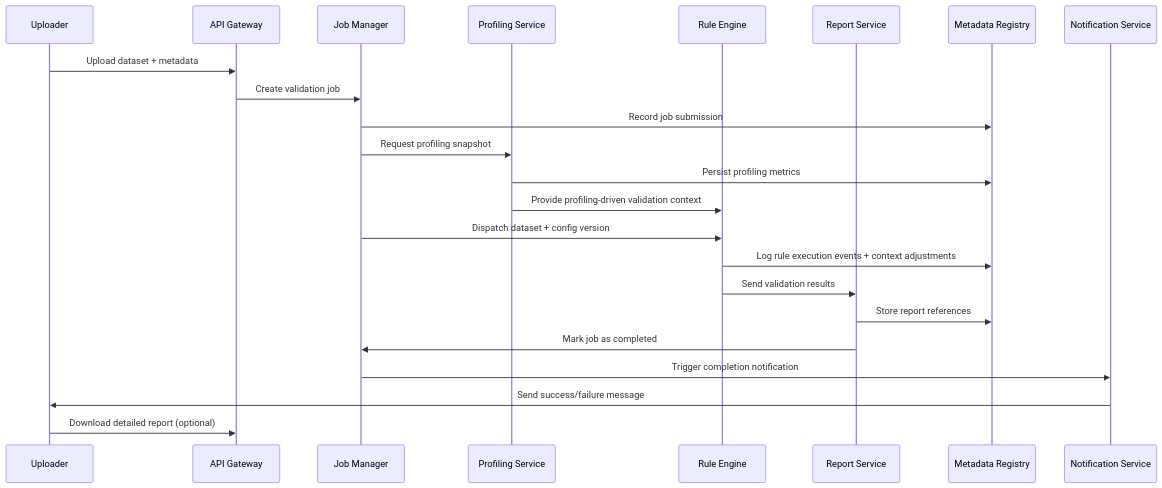
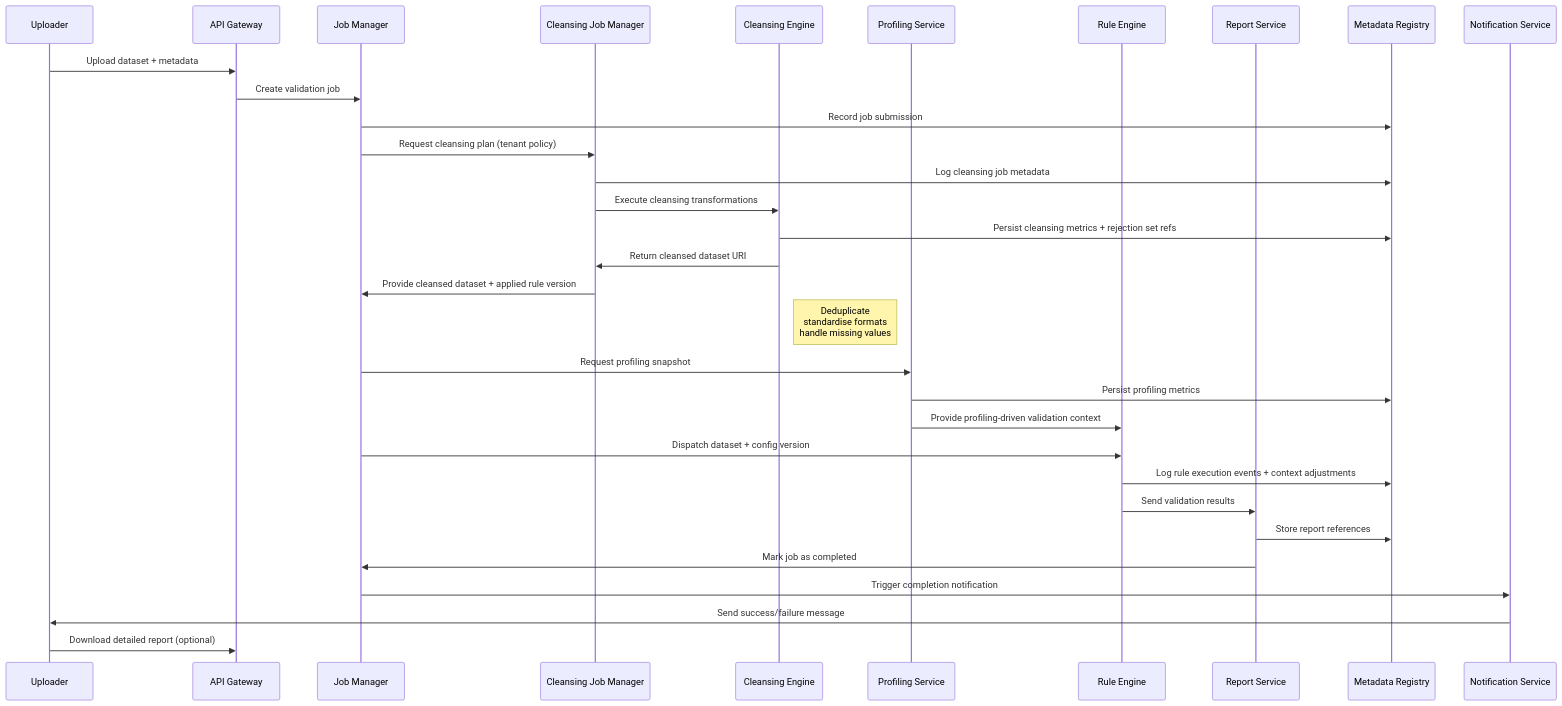
One commit to JohnGaros/data_quality_api changed the diagram in docs/diagrams/upload_validation_flow.mmd. Above: the diagram before and after it, drawn with Mermaid. The commit also changed 10 other files, not shown here.

Commit message:
Document cleansing workflow and metadata updates

```diff
--- a/docs/diagrams/upload_validation_flow.mmd
+++ b/docs/diagrams/upload_validation_flow.mmd
@@ -1,24 +1,33 @@
 sequenceDiagram
     participant U as Uploader
     participant API as API Gateway
     participant JM as Job Manager
+    participant CJM as Cleansing Job Manager
+    participant CE as Cleansing Engine
     participant PF as Profiling Service
     participant RE as Rule Engine
     participant RS as Report Service
     participant MD as Metadata Registry
     participant NT as Notification Service
 
     U->>API: Upload dataset + metadata
     API->>JM: Create validation job
     JM->>MD: Record job submission
+    JM->>CJM: Request cleansing plan (tenant policy)
+    CJM->>MD: Log cleansing job metadata
+    CJM->>CE: Execute cleansing transformations
+    CE->>MD: Persist cleansing metrics + rejection set refs
+    CE->>CJM: Return cleansed dataset URI
+    CJM->>JM: Provide cleansed dataset + applied rule version
+    Note right of CE: Deduplicate<br/>standardise formats<br/>handle missing values
     JM->>PF: Request profiling snapshot
     PF->>MD: Persist profiling metrics
     PF->>RE: Provide profiling-driven validation context
     JM->>RE: Dispatch dataset + config version
     RE->>MD: Log rule execution events + context adjustments
     RE->>RS: Send validation results
     RS->>MD: Store report references
     RS->>JM: Mark job as completed
     JM->>NT: Trigger completion notification
     NT->>U: Send success/failure message
     U->>API: Download detailed report (optional)
```
